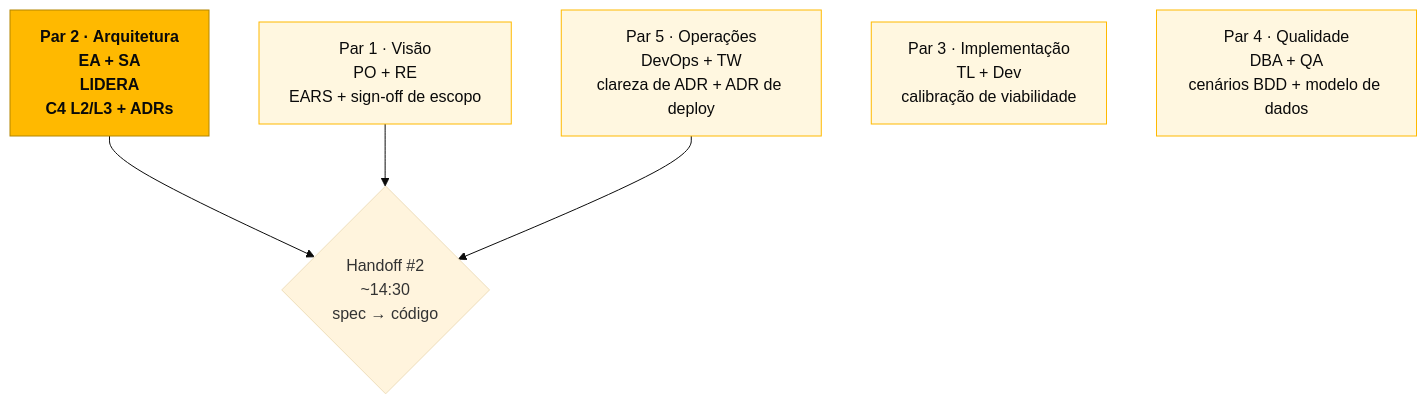
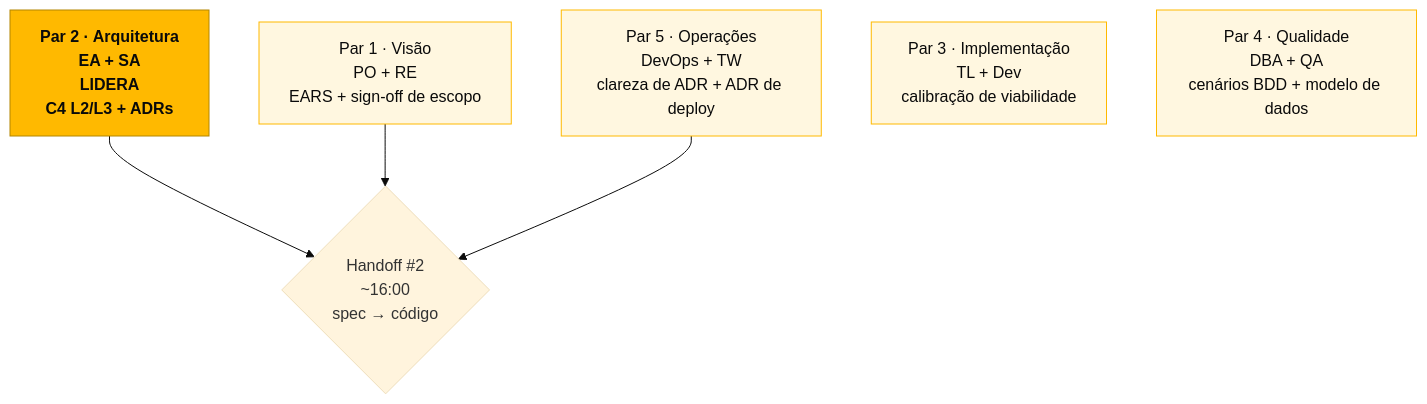
One commit to paulasilvatech/hackathon-datacorp-team-kit changed the second of 2 diagrams in pt-br/02-spec-moderna/README.md. Above: the diagram before and after it, drawn with Mermaid (base theme). The commit also changed other lines of this file and 241 other files, not shown here.

````diff
--- a/pt-br/02-spec-moderna/README.md
+++ b/pt-br/02-spec-moderna/README.md
@@ -36,15 +38,15 @@
 ```mermaid
 flowchart TB
  classDef lead fill:#FFB900,stroke:#B38600,color:#0A0A0A,font-weight:bold
  classDef support fill:#FFF7E0,stroke:#FFB900,color:#0A0A0A
 
  P2[Par 2 · Arquitetura<br/>EA + SA<br/>LIDERA<br/>C4 L2/L3 + ADRs]:::lead
  P1[Par 1 · Visão<br/>PO + RE<br/>EARS + sign-off de escopo]:::support
  P5[Par 5 · Operações<br/>DevOps + TW<br/>clareza de ADR + ADR de deploy]:::support
  P3[Par 3 · Implementação<br/>TL + Dev<br/>calibração de viabilidade]:::support
  P4[Par 4 · Qualidade<br/>DBA + QA<br/>cenários BDD + modelo de dados]:::support
 
- P2 --> H2{Handoff #2<br/>~14:30<br/>spec → código}
+ P2 --> H2{Handoff #2<br/>~16:00<br/>spec → código}
  P1 --> H2
  P5 --> H2
 ```
````
